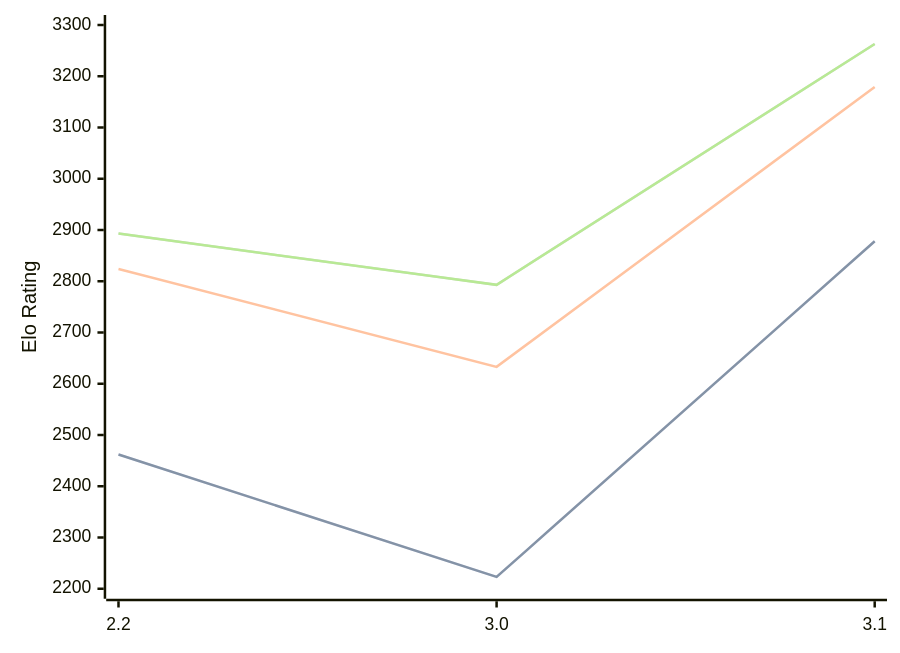
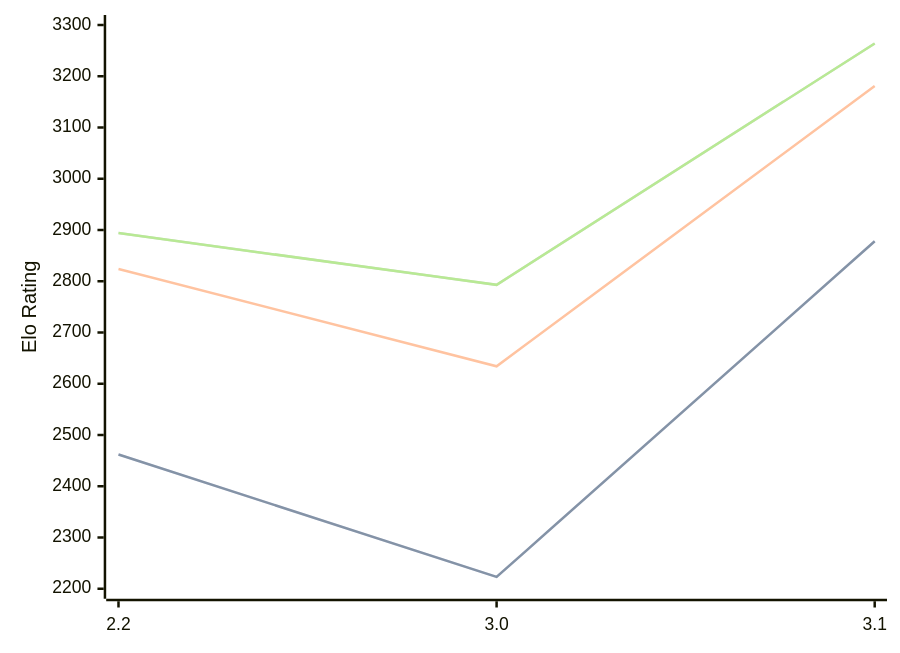
The diagram in engines/Thrawn.md (computer-chess-index/cci), drawn with Mermaid before and after one commit. The commit also changed other lines of this file, not shown here.

Commit message:
Update CCI Ratings (ELO VLTC) - 2026-08-19

````diff
--- a/engines/Thrawn.md
+++ b/engines/Thrawn.md
@@ -33,11 +33,11 @@
 ```mermaid
 %%{init: {"theme":"base","themeVariables":{"seriesColors:['#a3a3a3','#222221','#faa371']}}}%%
 xychart-beta
   x-axis ["2.2", "3.0", "3.1"]
   y-axis "Elo Rating" 2200 --> 3300
   line "STC (8.0+0.08s)" [2462, 2223, 2878]
   line "STC (8.0+0.08s)" [2462, 2223, 2878]
-  line "LTC (60.0+0.60s)" [2824, 2633, 3179]
-  line "VLTC (2m24s+1.12s)" [2893, 2793, 3263]
-  line "VLTC (2m24s+1.12s)" [2893, 2793, 3263]
+  line "LTC (60.0+0.60s)" [2824, 2634, 3181]
+  line "VLTC (2m24s+1.12s)" [2894, 2793, 3264]
+  line "VLTC (2m24s+1.12s)" [2894, 2793, 3264]
 ```
````
